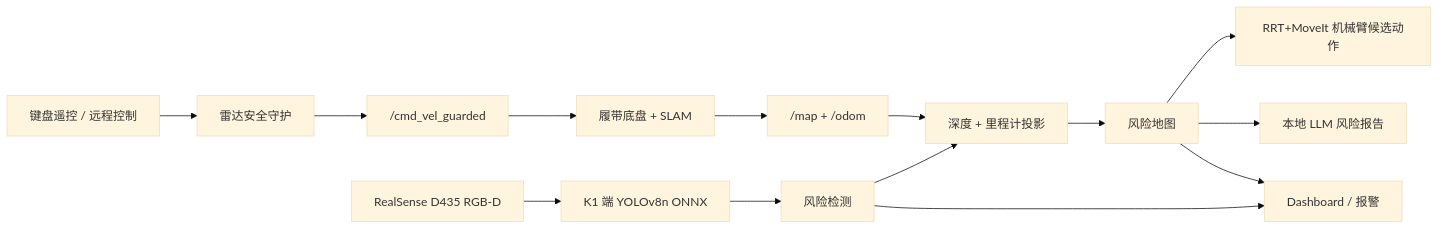
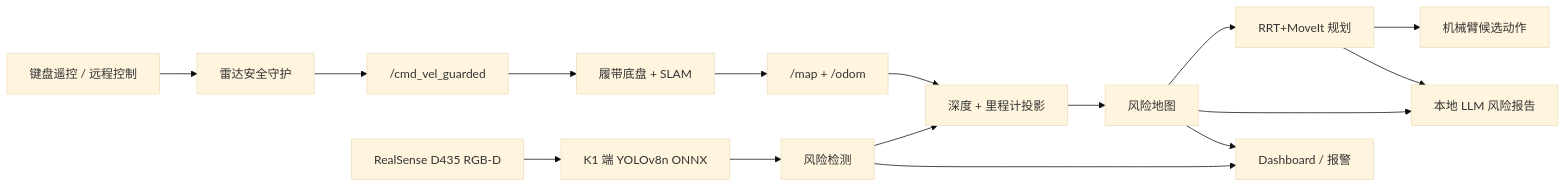
The diagram in README.md (RickSanchezC5163/spacemit-k1-edge-ai-risk-robot), drawn with Mermaid (base theme) before and after one commit. The commit also changed other lines of this file, not shown here.

Commit message:
Update README loop with RRT MoveIt planning

````diff
--- a/README.md
+++ b/README.md
@@ -124,17 +124,19 @@
 ```mermaid
 flowchart LR
     A["键盘遥控 / 远程控制"] --> B["雷达安全守护"]
     B --> C["/cmd_vel_guarded"]
     C --> D["履带底盘 + SLAM"]
     D --> E["/map + /odom"]
 
     F["RealSense D435 RGB-D"] --> G["K1 端 YOLOv8n ONNX"]
     G --> H["风险检测"]
     H --> I["深度 + 里程计投影"]
     E --> I
     I --> J["风险地图"]
-    J --> K["RRT+MoveIt 机械臂候选动作"]
-    J --> L["本地 LLM 风险报告"]
+    J --> K["RRT+MoveIt 规划"]
+    K --> N["机械臂候选动作"]
+    K --> L["本地 LLM 风险报告"]
+    J --> L
     H --> M["Dashboard / 报警"]
     J --> M
 ```
````
